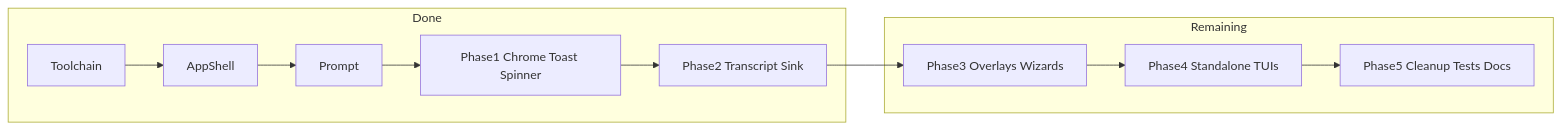
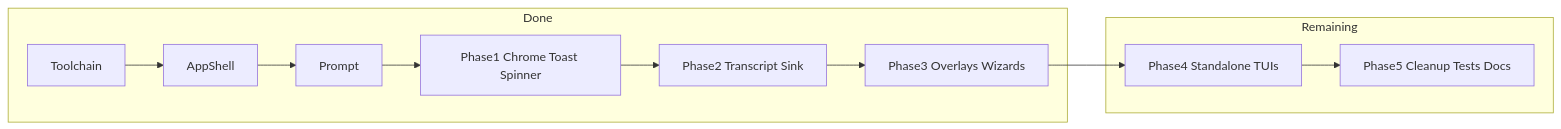
The diagram in docs/superpowers/specs/2026-08-04-opentui-solid-full-migration.md (amitkumardubey/praana), drawn with Mermaid before and after one commit. The commit also changed other lines of this file and 12 other files, not shown here.

First line of the commit message:
feat(tui): solid overlays and wizards

````diff
--- a/docs/superpowers/specs/2026-08-04-opentui-solid-full-migration.md
+++ b/docs/superpowers/specs/2026-08-04-opentui-solid-full-migration.md
@@ -27,16 +31,16 @@
 ```mermaid
 flowchart LR
   subgraph done [Done]
     Toolchain
     AppShell
     Prompt
     P1[Phase1 Chrome Toast Spinner]
     P2[Phase2 Transcript Sink]
+    P3[Phase3 Overlays Wizards]
   end
   subgraph next [Remaining]
-    P3[Phase3 Overlays Wizards]
     P4[Phase4 Standalone TUIs]
     P5[Phase5 Cleanup Tests Docs]
   end
   Toolchain --> AppShell --> Prompt --> P1 --> P2 --> P3 --> P4 --> P5
 ```
````
